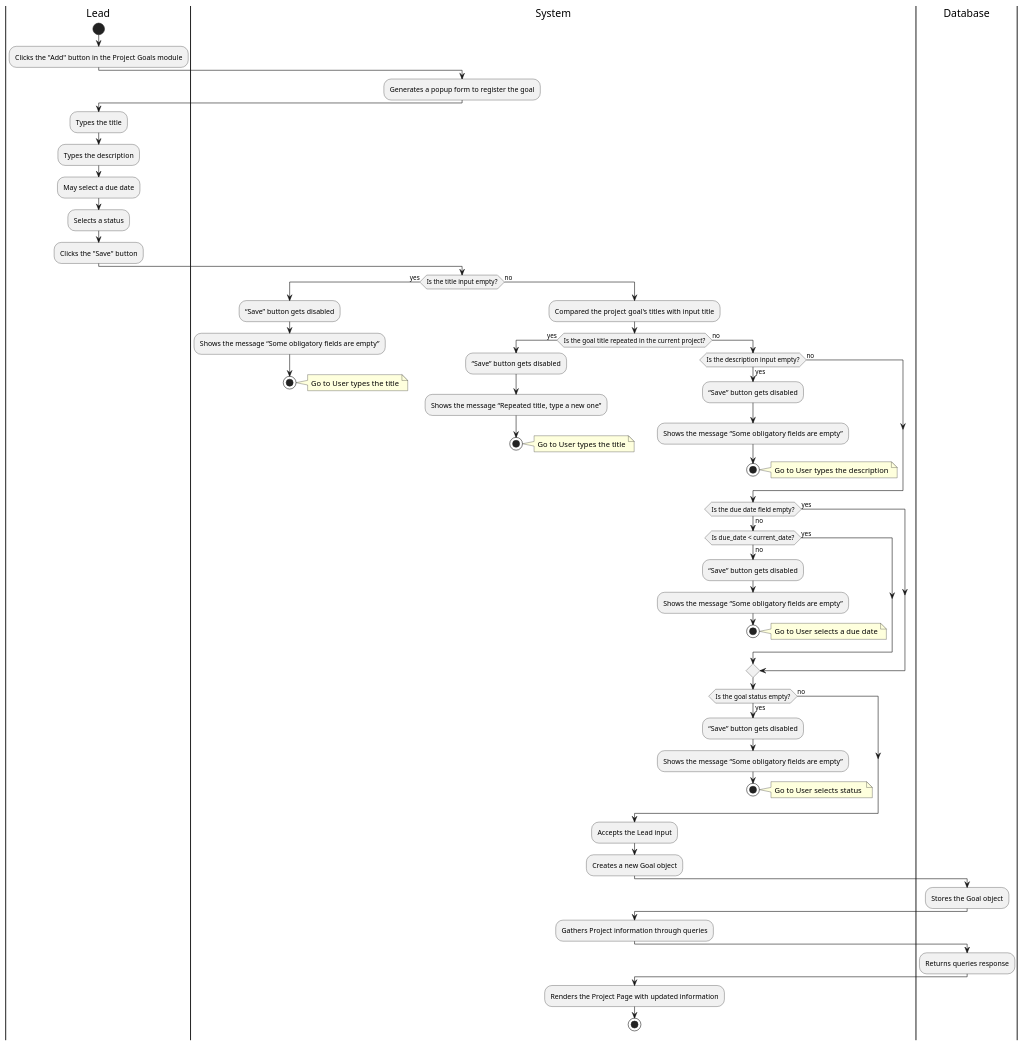
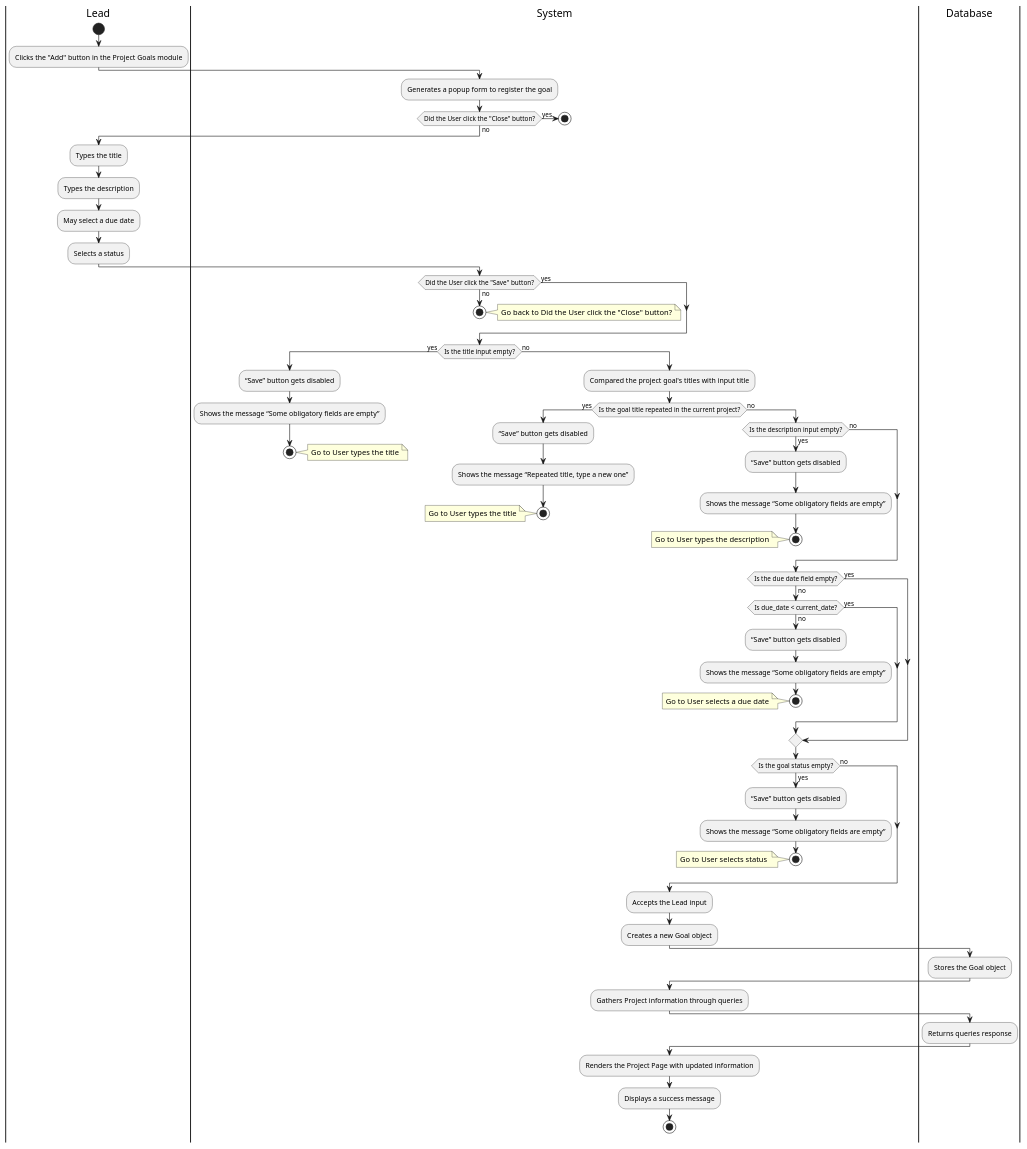
One commit to Berthou05/LimboSoftwareDevelopment_Change.org changed the diagram in documentation/activity_diagrams/PROJ-09-ActivityDiagram.puml. Above: the diagram before and after it, drawn with PlantUML. The commit also changed 8 other files, not shown here.

Commit message:
[DOCS]: Correction of Activity Diagrams. Addition of ADMIN-02 AD.

```diff
--- a/documentation/activity_diagrams/PROJ-09-ActivityDiagram.puml
+++ b/documentation/activity_diagrams/PROJ-09-ActivityDiagram.puml
@@ -1,86 +1,102 @@
 @startuml
 
 |Lead|
 start
 :Clicks the "Add" button in the Project Goals module;
 |System|
 :Generates a popup form to register the goal;
+if(Did the User click the "Close" button?) is (yes) then
+    stop
+else(no)
+end if
+
 |Lead|
 :Types the title;
 :Types the description;
 :May select a due date;
 :Selects a status;
-:Clicks the "Save" button;
+
+|System|
+if(Did the User click the "Save" button?) is (yes) then
+else(no)
+    stop
+    note right
+        Go back to Did the User click the "Close" button?
+    end note
+end if
+
 |System|
 if(Is the title input empty?) is (yes) then
     |System|
     :“Save” button gets disabled;
     :Shows the message “Some obligatory fields are empty”;
     stop
     note right
         Go to User types the title
     end note
 
 else(no)
     |System|
     :Compared the project goal's titles with input title;
     if(Is the goal title repeated in the current project?) is (yes) then
         |System|
         :“Save” button gets disabled;
         :Shows the message “Repeated title, type a new one”;
         stop
-        note right
+        note left
             Go to User types the title
         end note
     
     else(no)
         if(Is the description input empty?) is (yes) then
             |System|
             :“Save” button gets disabled;
             :Shows the message “Some obligatory fields are empty”;
             stop
-            note right
+            note left
                 Go to User types the description
             end note
         else(no)
         end if
             if(Is the due date field empty?) is (no) then
                 |System|
                 if(Is due_date < current_date?) is (no) then
                     |System|
                     :“Save” button gets disabled;
                     :Shows the message “Some obligatory fields are empty”;
                     stop
-                    note right
+                    note left
                         Go to User selects a due date
                     end note
                 else(yes)
                 end if
             else(yes)
             end if
         if(Is the goal status empty?) is (yes) then
             |System|
             :“Save” button gets disabled;
             :Shows the message “Some obligatory fields are empty”;
             stop
-            note right
+            note left
                 Go to User selects status 
             end note
         else(no)
     end if
 end if
     |System|
     :Accepts the Lead input;
     :Creates a new Goal object;
     |Database|
     :Stores the Goal object;
     |System|
     :Gathers Project information through queries;
     |Database|
     :Returns queries response;
     |System|
     :Renders the Project Page with updated information;
+    :Displays a success message;
+
     stop
 
 
 @enduml
```
